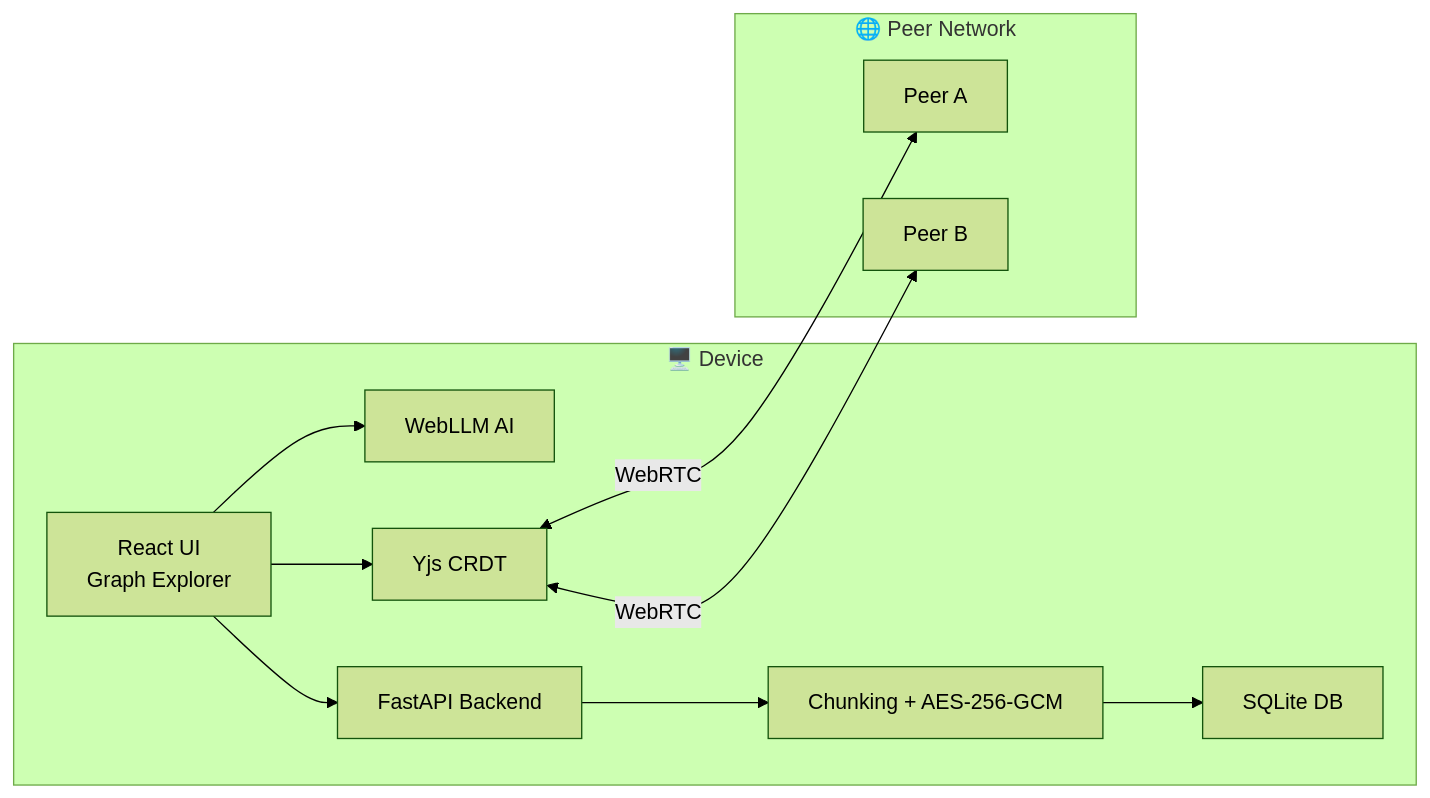
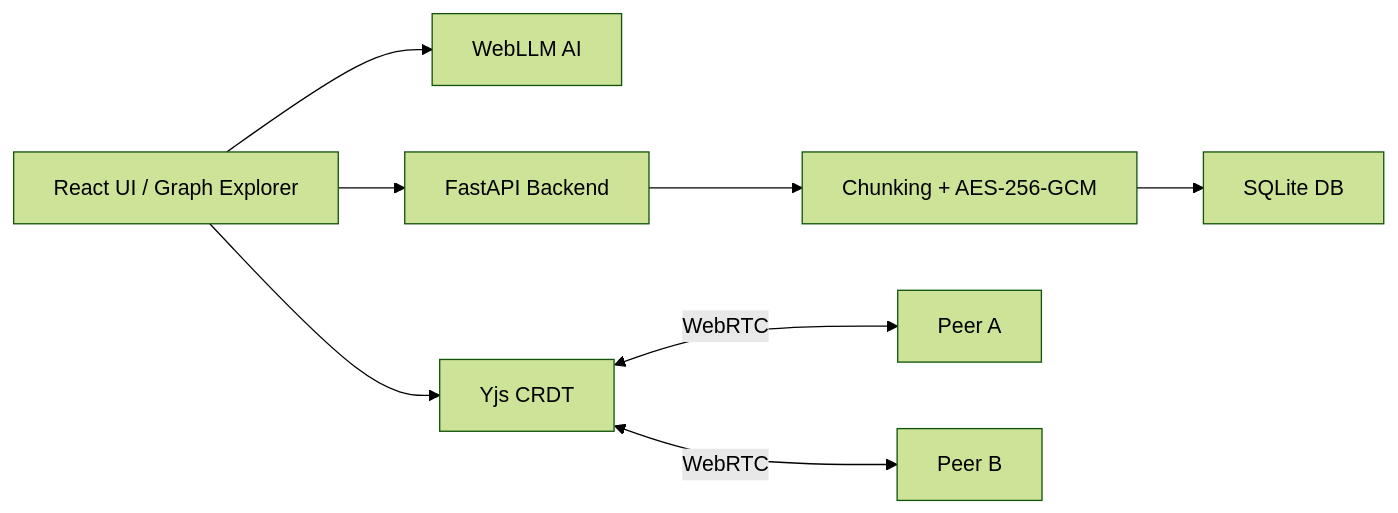
One commit to Zorvia/project-mycelium changed the diagram in README.md. Above: the diagram before and after it, drawn with Mermaid (forest theme). The commit also changed other lines of this file, not shown here.

````diff
--- a/README.md
+++ b/README.md
@@ -82,23 +141,18 @@
 ```mermaid
 graph LR
-    subgraph "🖥️ Device"
-        UI["React UI<br/>Graph Explorer"]
-        AI["WebLLM AI"]
-        CRDT["Yjs CRDT"]
-        API["FastAPI Backend"]
-        DB["SQLite DB"]
-        CHUNK["Chunking + AES-256-GCM"]
-    end
-
-    subgraph "🌐 Peer Network"
-        P1["Peer A"]
-        P2["Peer B"]
-    end
+    UI["React UI / Graph Explorer"]
+    AI["WebLLM AI"]
+    CRDT["Yjs CRDT"]
+    API["FastAPI Backend"]
+    DB["SQLite DB"]
+    CHUNK["Chunking + AES-256-GCM"]
+    P1["Peer A"]
+    P2["Peer B"]
 
     UI --> API
     UI --> AI
     UI --> CRDT
     API --> CHUNK --> DB
     CRDT <-->|WebRTC| P1
     CRDT <-->|WebRTC| P2
 ```
````
